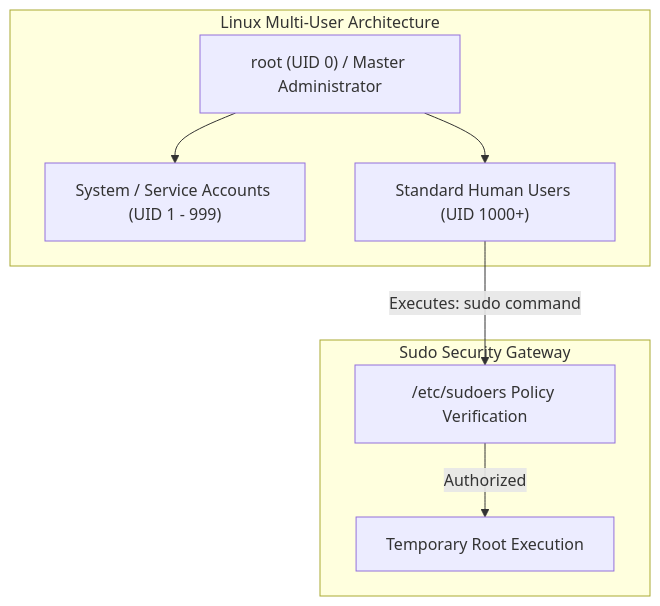
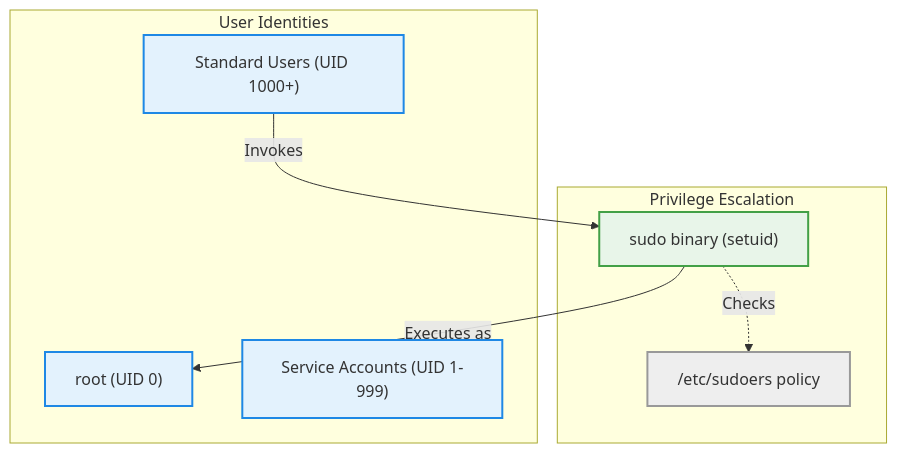
Before and after one commit to aloysiuspattath/platform-engineering-ai-course: the diagram in courses/platform-engineering/modules/module-02/lesson-01.md, drawn with Mermaid. The commit also changed 114 other files, not shown here.

Commit message:
refactor: massive swarm diagram review enforcing architectural layers and strict color palette

````diff
--- a/courses/platform-engineering/modules/module-02/lesson-01.md
+++ b/courses/platform-engineering/modules/module-02/lesson-01.md
@@ -76,12 +76,21 @@
 ```mermaid
 flowchart TD
-    subgraph MultiUserModel [Linux Multi-User Architecture]
-        ROOT["root (UID 0) / Master Administrator"] --> SYS["System / Service Accounts (UID 1 - 999)"]
-        ROOT --> USERS["Standard Human Users (UID 1000+)"]
+    classDef userSpace fill:#e3f2fd,stroke:#1e88e5,stroke-width:2px;
+    classDef kernelSpace fill:#e8f5e9,stroke:#43a047,stroke-width:2px;
+    classDef file fill:#eeeeee,stroke:#999999,stroke-width:2px;
+
+    subgraph Identities [User Identities]
+        ROOT["root (UID 0)"]:::userSpace
+        SYS["Service Accounts (UID 1-999)"]:::userSpace
+        USER["Standard Users (UID 1000+)"]:::userSpace
     end
 
-    subgraph ElevationMechanism [Sudo Security Gateway]
-        USERS -->|Executes: sudo command| SUDO["/etc/sudoers Policy Verification"]
-        SUDO -->|Authorized| EXEC["Temporary Root Execution"]
+    subgraph SecurityGateway [Privilege Escalation]
+        SUDO_BIN["sudo binary (setuid)"]:::kernelSpace
+        SUDOERS["/etc/sudoers policy"]:::file
     end
+
+    USER -->|Invokes| SUDO_BIN
+    SUDO_BIN -.->|Checks| SUDOERS
+    SUDO_BIN -->|Executes as| ROOT
 ```
````
